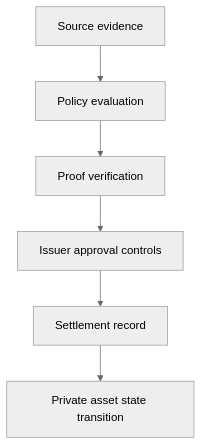
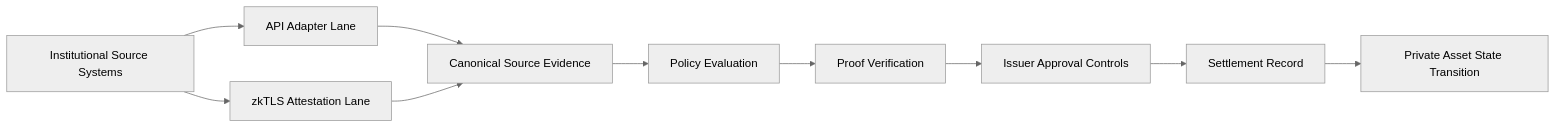
Before and after one commit to Evan-k-global/private-tokenized-asset-protocol: the second of 3 diagrams in README.md, drawn with Mermaid (neutral theme). The commit also changed other lines of this file, not shown here.

Commit message:
Improve README architecture diagrams

````diff
--- a/README.md
+++ b/README.md
@@ -57,8 +55,14 @@
 ```mermaid
-flowchart TD
-  A["Source evidence"] --> B["Policy evaluation"]
-  B --> C["Proof verification"]
-  C --> D["Issuer approval controls"]
-  D --> E["Settlement record"]
-  E --> F["Private asset state transition"]
+flowchart LR
+  A["Institutional Source Systems"] --> B["API Adapter Lane"]
+  A --> C["zkTLS Attestation Lane"]
+
+  B --> D["Canonical Source Evidence"]
+  C --> D
+
+  D --> E["Policy Evaluation"]
+  E --> F["Proof Verification"]
+  F --> G["Issuer Approval Controls"]
+  G --> H["Settlement Record"]
+  H --> I["Private Asset State Transition"]
 ```
````
